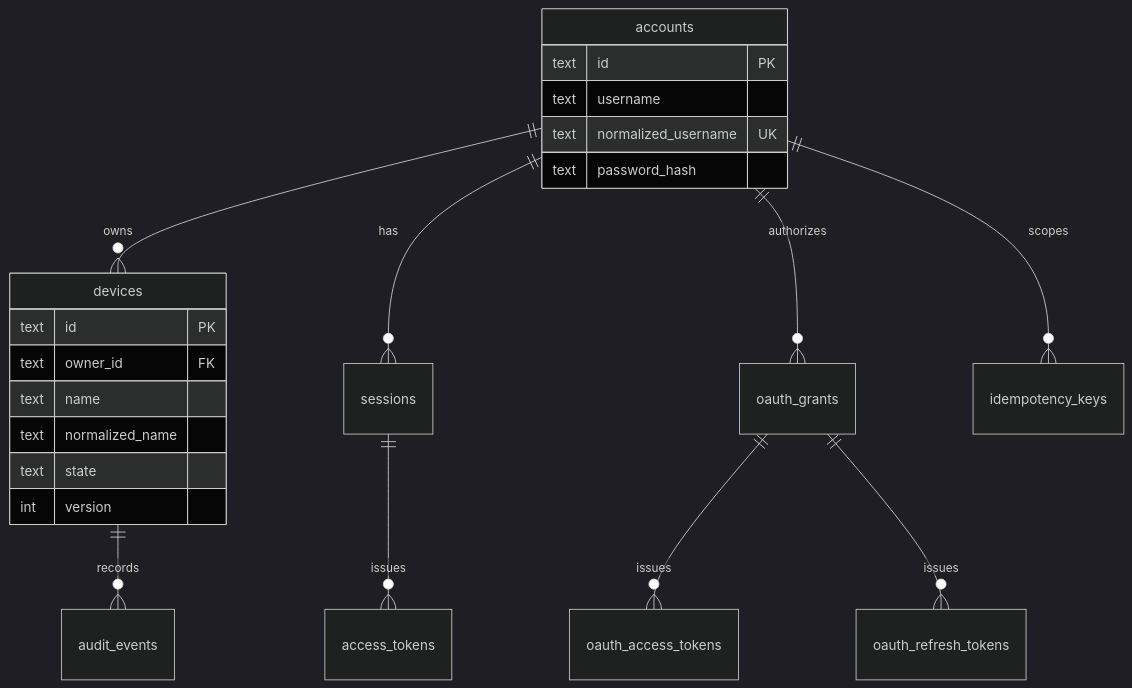
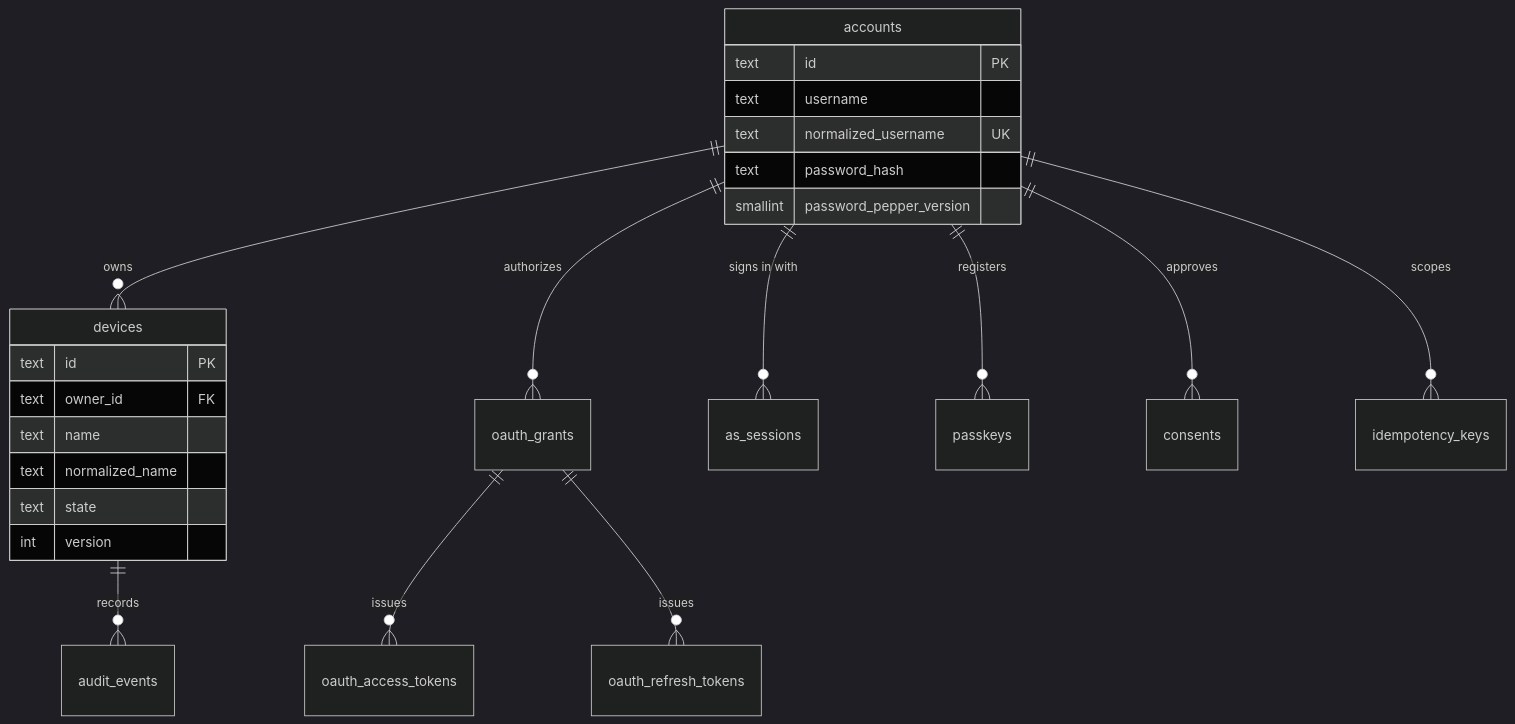
One commit to ksypinro/MCP-UI changed the third of 7 diagrams in docs/architecture.md. Above: the diagram before and after it, drawn with Mermaid (dark theme). The commit also changed other lines of this file and 182 other files, not shown here.

````diff
--- a/docs/architecture.md
+++ b/docs/architecture.md
@@ -124,26 +146,28 @@
 ```mermaid
 erDiagram
     accounts ||--o{ devices : owns
-    accounts ||--o{ sessions : has
     accounts ||--o{ oauth_grants : authorizes
-    sessions ||--o{ access_tokens : issues
+    accounts ||--o{ as_sessions : "signs in with"
+    accounts ||--o{ passkeys : registers
+    accounts ||--o{ consents : approves
     oauth_grants ||--o{ oauth_access_tokens : issues
     oauth_grants ||--o{ oauth_refresh_tokens : issues
     accounts ||--o{ idempotency_keys : scopes
     devices ||--o{ audit_events : records
 
     accounts {
         text id PK
         text username
         text normalized_username UK
         text password_hash
+        smallint password_pepper_version
     }
     devices {
         text id PK
         text owner_id FK
         text name
         text normalized_name
         text state
         int version
     }
 ```
````
